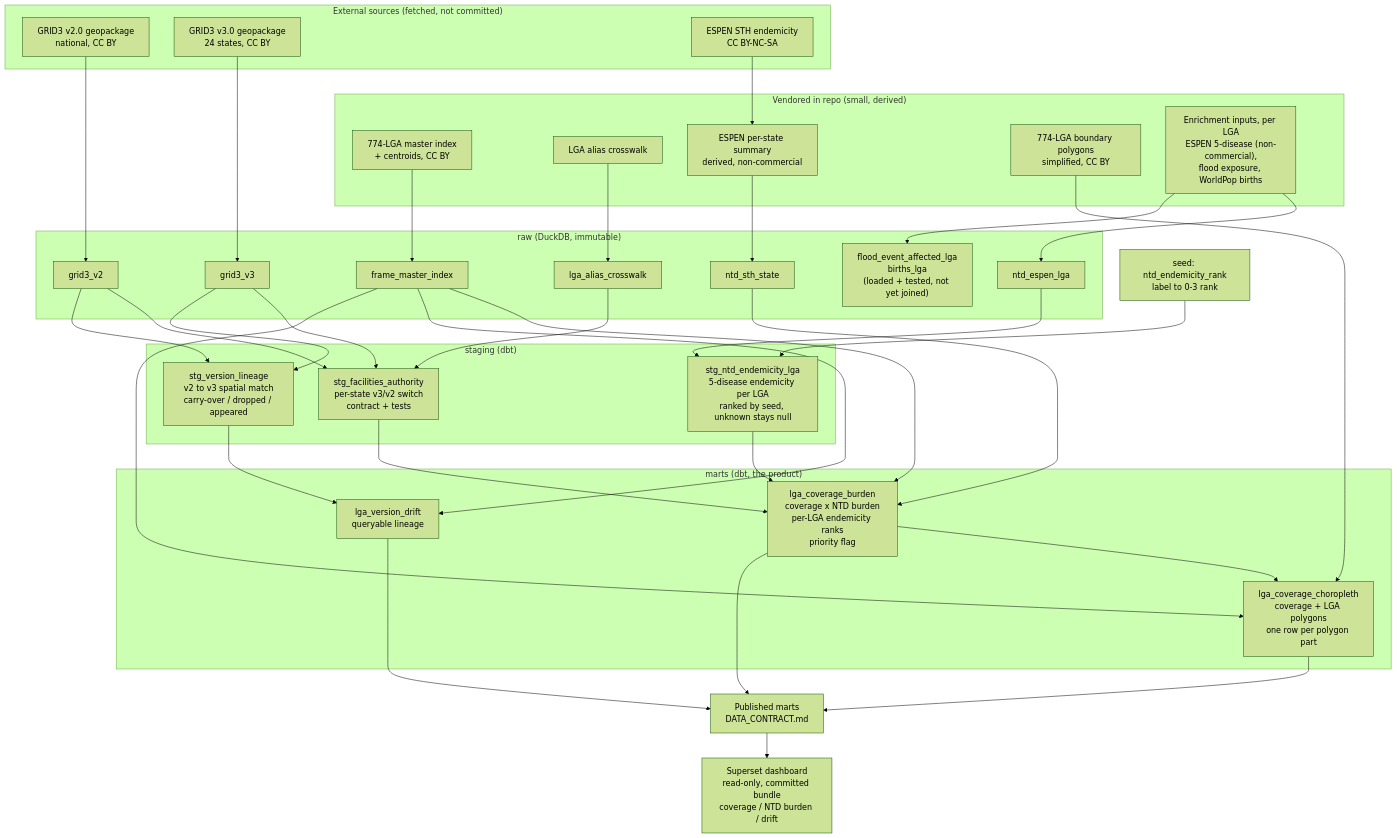
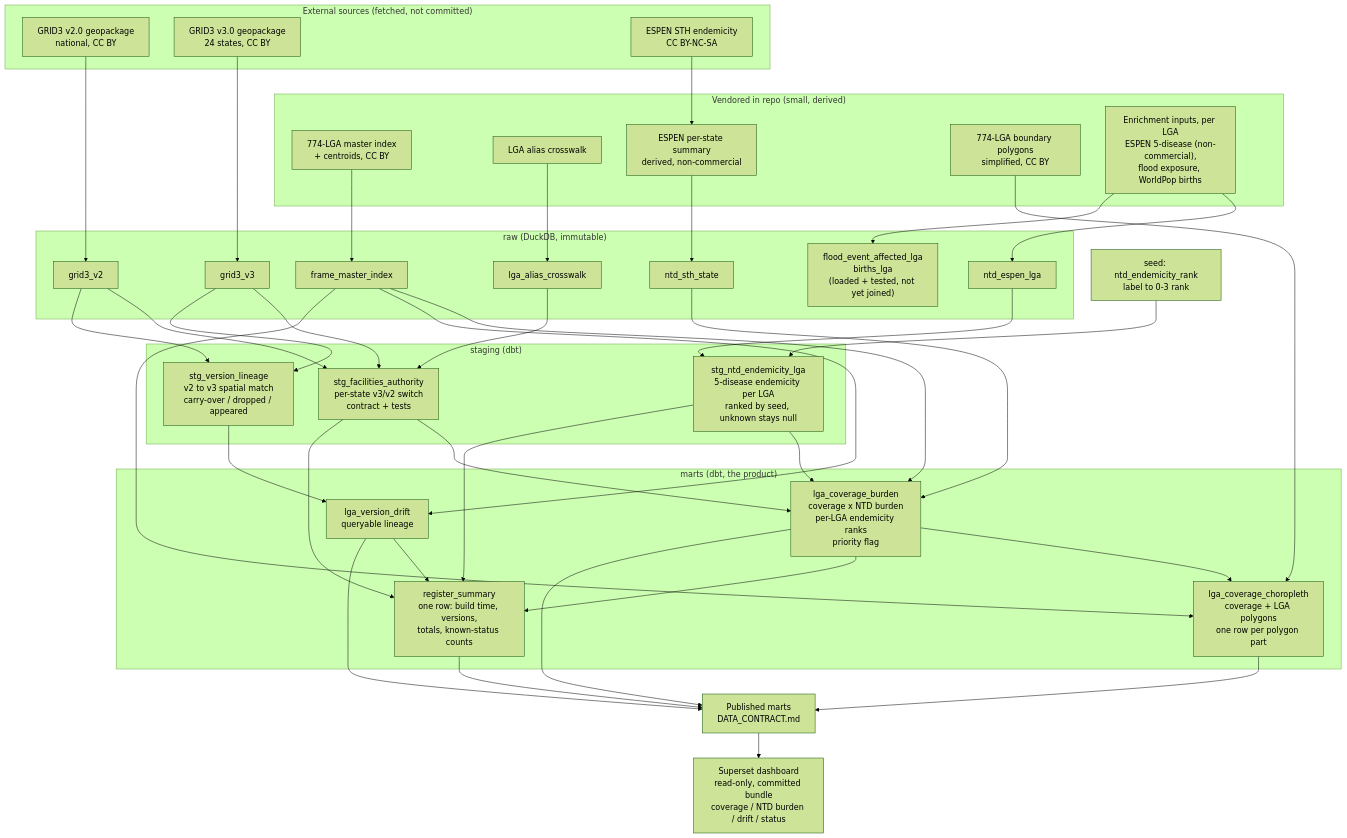
The first of 3 diagrams in docs/ARCHITECTURE.md (Behordeun/nigeria-facility-register), drawn with Mermaid (forest theme) before and after one commit. The commit also changed other lines of this file and 23 other files, not shown here.

````diff
--- a/docs/ARCHITECTURE.md
+++ b/docs/ARCHITECTURE.md
@@ -7,70 +7,77 @@
 ```mermaid
 flowchart TD
     subgraph sources["External sources (fetched, not committed)"]
         G2["GRID3 v2.0 geopackage<br/>national, CC BY"]
         G3["GRID3 v3.0 geopackage<br/>24 states, CC BY"]
         ES["ESPEN STH endemicity<br/>CC BY-NC-SA"]
     end
 
     subgraph vendored["Vendored in repo (small, derived)"]
         FR["774-LGA master index<br/>+ centroids, CC BY"]
         XW["LGA alias crosswalk"]
         NB["ESPEN per-state summary<br/>derived, non-commercial"]
         GEO["774-LGA boundary polygons<br/>simplified, CC BY"]
         EN["Enrichment inputs, per LGA<br/>ESPEN 5-disease (non-commercial),<br/>flood exposure, WorldPop births"]
     end
 
     subgraph raw["raw (DuckDB, immutable)"]
         R2["grid3_v2"]
         R3["grid3_v3"]
         RF["frame_master_index"]
         RX["lga_alias_crosswalk"]
         RN["ntd_sth_state"]
         RE["ntd_espen_lga"]
         RF2["flood_event_affected_lga<br/>births_lga<br/>(loaded + tested, not yet joined)"]
     end
 
     subgraph staging["staging (dbt)"]
         AUTH["stg_facilities_authority<br/>per-state v3/v2 switch<br/>contract + tests"]
         LIN["stg_version_lineage<br/>v2 to v3 spatial match<br/>carry-over / dropped / appeared"]
         NTD["stg_ntd_endemicity_lga<br/>5-disease endemicity per LGA<br/>ranked by seed, unknown stays null"]
     end
 
     subgraph marts["marts (dbt, the product)"]
         COV["lga_coverage_burden<br/>coverage x NTD burden<br/>per-LGA endemicity ranks<br/>priority flag"]
         LINM["lga_version_drift<br/>queryable lineage"]
         CHO["lga_coverage_choropleth<br/>coverage + LGA polygons<br/>one row per polygon part"]
+        SUMM["register_summary<br/>one row: build time, versions,<br/>totals, known-status counts"]
     end
 
     G2 --> R2
     G3 --> R3
     FR --> RF
     XW --> RX
     ES --> NB --> RN
     EN --> RE
     EN --> RF2
 
     R2 --> AUTH
     R3 --> AUTH
     R2 --> LIN
     R3 --> LIN
     RX --> AUTH
 
     AUTH --> COV
     RF --> COV
     RN --> COV
     RE --> NTD
     SEED["seed: ntd_endemicity_rank<br/>label to 0-3 rank"] --> NTD
     NTD --> COV
     LIN --> LINM
     RF --> LINM
 
     COV --> CHO
     RF --> CHO
     GEO --> CHO
 
+    COV --> SUMM
+    AUTH --> SUMM
+    NTD --> SUMM
+    LINM --> SUMM
+
     COV --> OUT["Published marts<br/>DATA_CONTRACT.md"]
     LINM --> OUT
     CHO --> OUT
-    OUT --> BI["Superset dashboard<br/>read-only, committed bundle<br/>coverage / NTD burden / drift"]
+    SUMM --> OUT
+    OUT --> BI["Superset dashboard<br/>read-only, committed bundle<br/>coverage / NTD burden / drift / status"]
 ```
````
